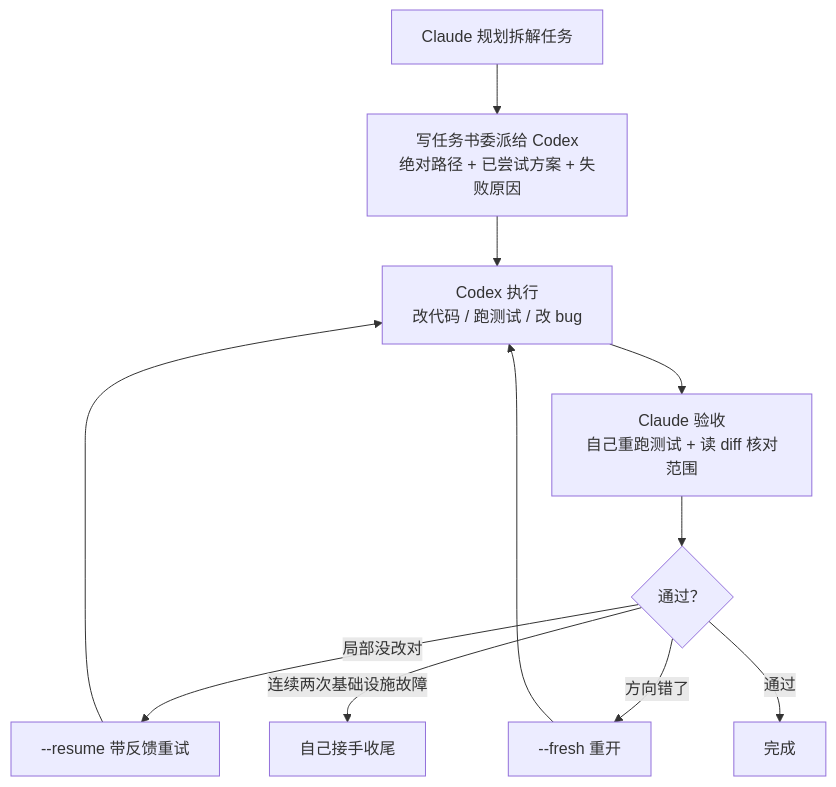
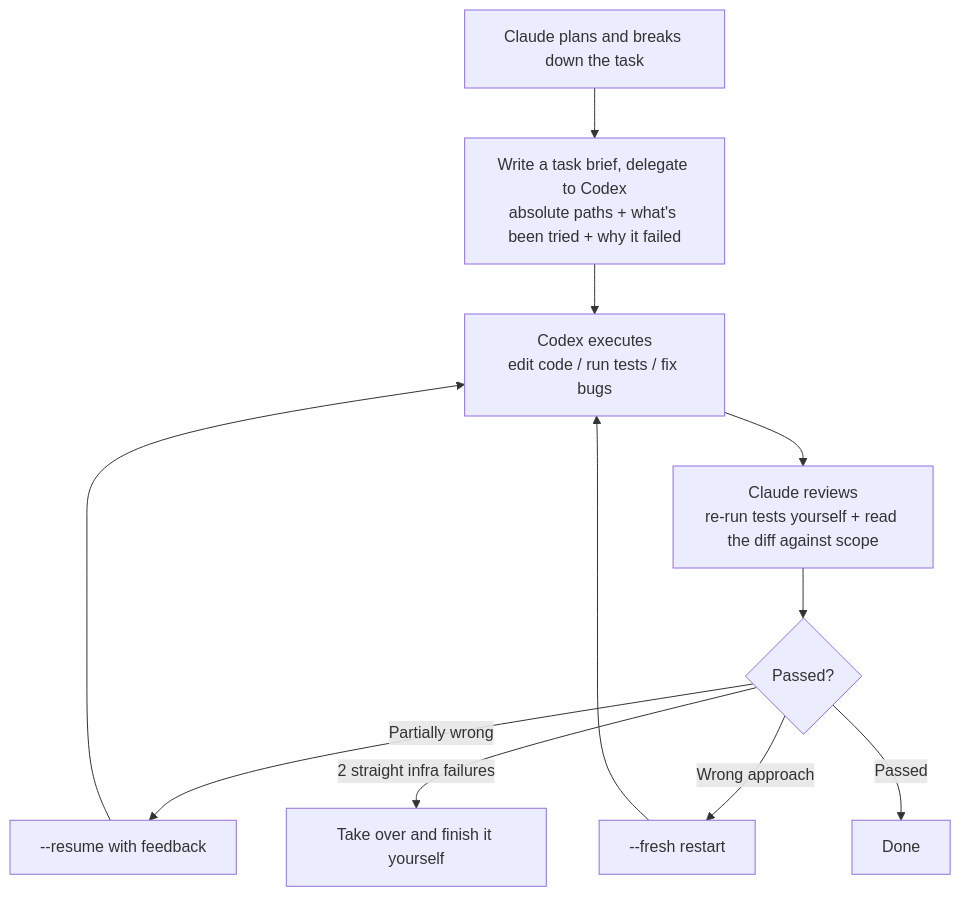
One commit to jiayx01/codex-claude-skills changed the second of 2 diagrams in README.md. Above: the diagram before and after it, drawn with Mermaid. The commit also changed other lines of this file and 3 other files, not shown here.

````diff
--- a/README.md
+++ b/README.md
@@ -45,13 +47,13 @@
 ```mermaid
 flowchart TD
-    A["Claude 规划拆解任务"] --> B["写任务书委派给 Codex<br/>绝对路径 + 已尝试方案 + 失败原因"]
-    B --> C["Codex 执行<br/>改代码 / 跑测试 / 改 bug"]
-    C --> D["Claude 验收<br/>自己重跑测试 + 读 diff 核对范围"]
-    D --> E{"通过？"}
-    E -->|局部没改对| F["--resume 带反馈重试"]
-    E -->|方向错了| G["--fresh 重开"]
-    E -->|连续两次基础设施故障| H["自己接手收尾"]
-    E -->|通过| I["完成"]
+    A["Claude plans and breaks down the task"] --> B["Write a task brief, delegate to Codex<br/>absolute paths + what's been tried + why it failed"]
+    B --> C["Codex executes<br/>edit code / run tests / fix bugs"]
+    C --> D["Claude reviews<br/>re-run tests yourself + read the diff against scope"]
+    D --> E{"Passed?"}
+    E -->|Partially wrong| F["--resume with feedback"]
+    E -->|Wrong approach| G["--fresh restart"]
+    E -->|2 straight infra failures| H["Take over and finish it yourself"]
+    E -->|Passed| I["Done"]
     F --> C
     G --> C
 ```
````
